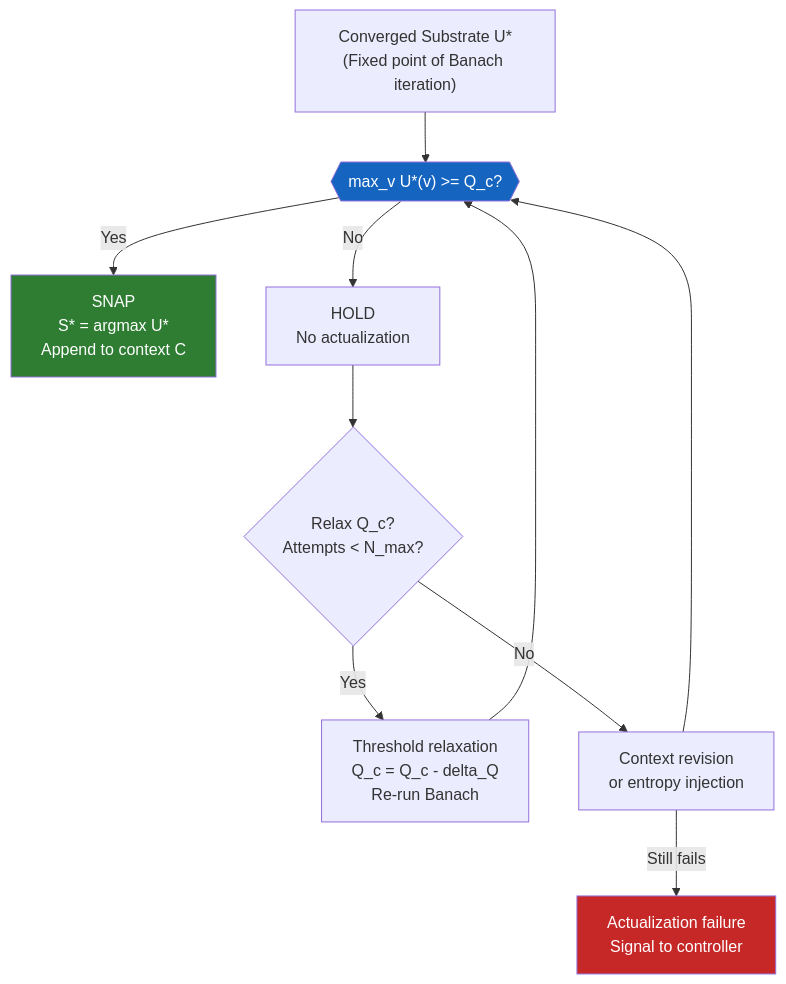
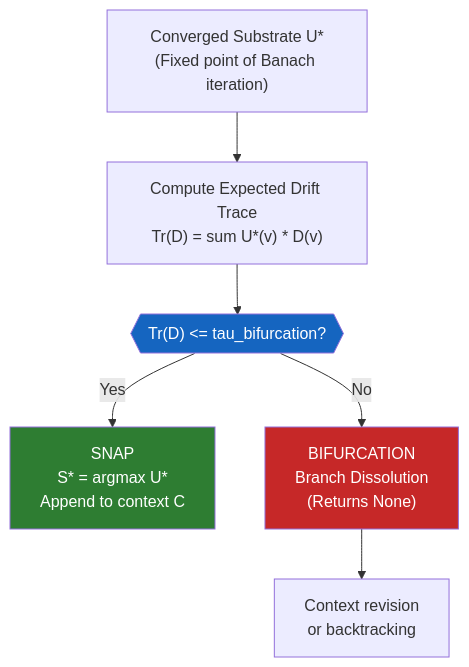
One commit to mzgamal-space/The_Actualization_Theory changed the third of 3 diagrams in 01_Theory_and_Algorithm/Actualizer_Engine_Theory.md. Above: the diagram before and after it, drawn with Mermaid. The commit also changed other lines of this file and 26 other files, not shown here.

````diff
--- a/01_Theory_and_Algorithm/Actualizer_Engine_Theory.md
+++ b/01_Theory_and_Algorithm/Actualizer_Engine_Theory.md
@@ -570,22 +581,17 @@
 ```mermaid
 flowchart TD
     A["Converged Substrate U*\n(Fixed point of Banach iteration)"]
-    B{{"max_v U*(v) >= Q_c?"}}
-    C["SNAP\nS* = argmax U*\nAppend to context C"]
-    D["HOLD\nNo actualization"]
-    E{"Relax Q_c?\nAttempts < N_max?"}
-    F["Threshold relaxation\nQ_c = Q_c - delta_Q\nRe-run Banach"]
-    G["Context revision\nor entropy injection"]
-    H["Actualization failure\nSignal to controller"]
+    B["Compute Expected Drift Trace\nTr(D) = sum U*(v) * D(v)"]
+    C{{"Tr(D) <= tau_bifurcation?"}}
+    D["SNAP\nS* = argmax U*\nAppend to context C"]
+    E["BIFURCATION\nBranch Dissolution\n(Returns None)"]
+    F["Context revision\nor backtracking"]
 
-    A --> B
-    B -->|Yes| C
-    B -->|No| D --> E
-    E -->|Yes| F --> B
-    E -->|No| G --> B
-    G -->|Still fails| H
+    A --> B --> C
+    C -->|Yes| D
+    C -->|No| E --> F
 
-    style C fill:#2e7d32,color:#fff
-    style H fill:#c62828,color:#fff
-    style B fill:#1565c0,color:#fff
+    style D fill:#2e7d32,color:#fff
+    style E fill:#c62828,color:#fff
+    style C fill:#1565c0,color:#fff
 ```
````
